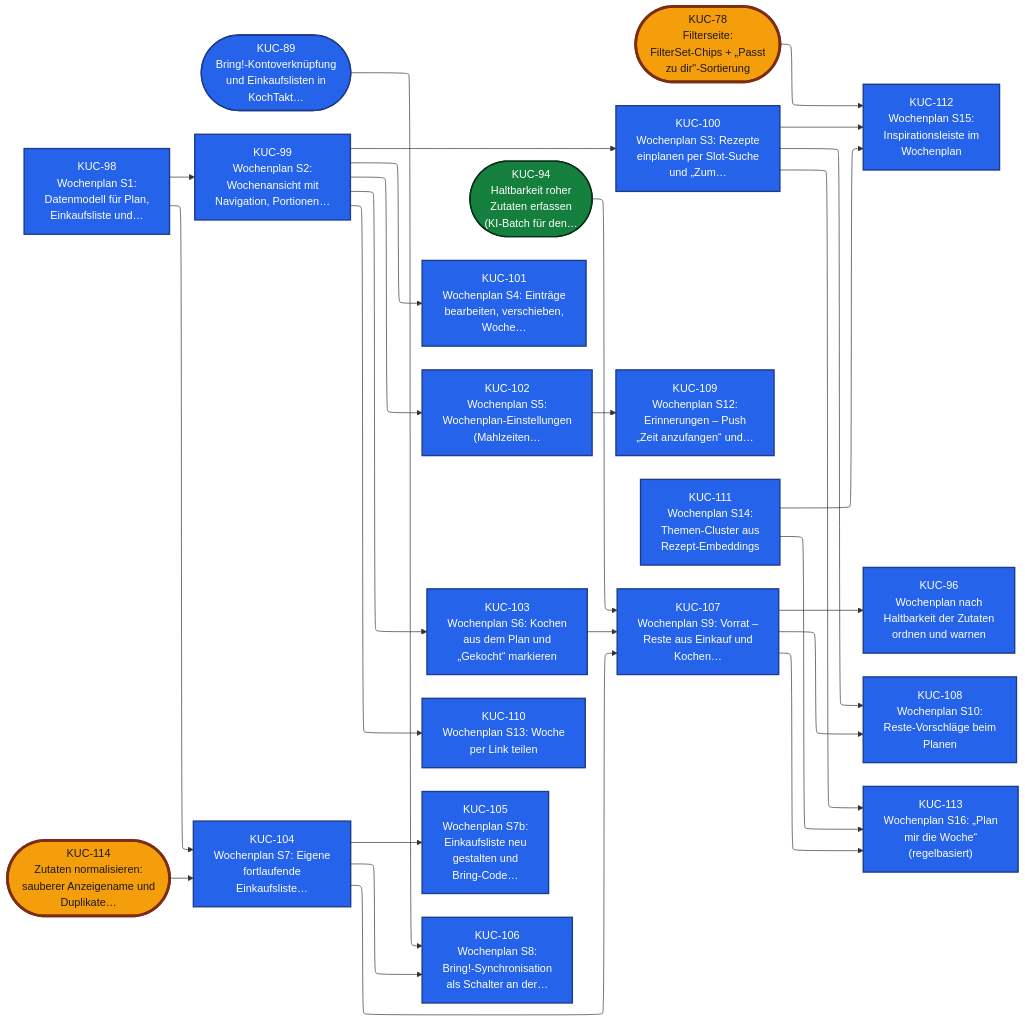
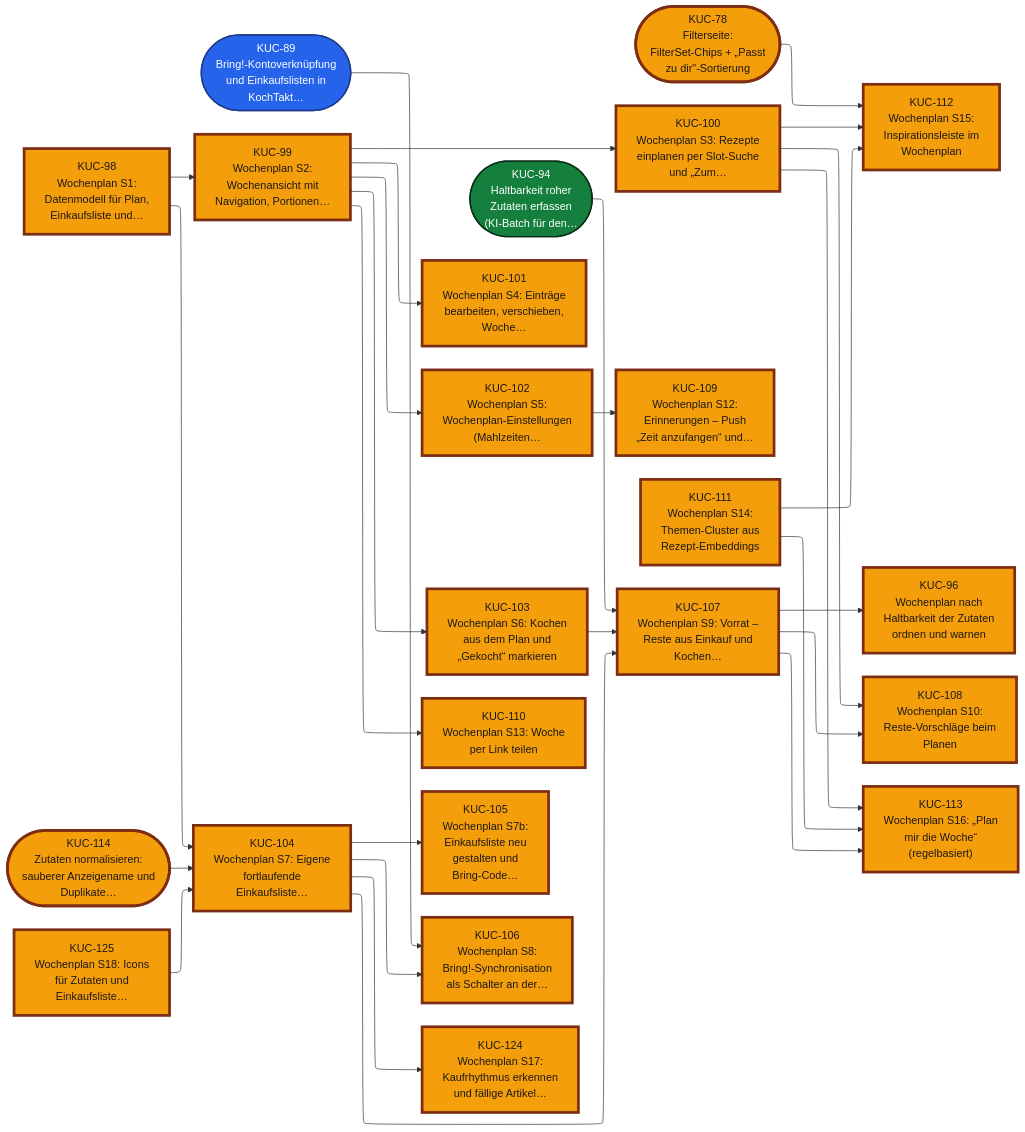
The fifth of 5 diagrams in GAMEPLAN.md (isntfunny/kitchenpace), drawn with Mermaid before and after one commit. The commit also changed other lines of this file, not shown here.

Commit message:
docs: regenerate GAMEPLAN.md (KUC-79)

```diff
--- a/GAMEPLAN.md
+++ b/GAMEPLAN.md
@@ -160,24 +160,26 @@
     KUC78(["KUC-78<br/>Filterseite:<br/>FilterSet-Chips + „Passt<br/>zu dir#quot;-Sortierung"]):::doing
     KUC89(["KUC-89<br/>Bring!-Kontoverknüpfung<br/>und Einkaufslisten in<br/>KochTakt…"]):::todo
     KUC94(["KUC-94<br/>Haltbarkeit roher<br/>Zutaten erfassen<br/>#40;KI-Batch für den…"]):::done
-    KUC98["KUC-98<br/>Wochenplan S1:<br/>Datenmodell für Plan,<br/>Einkaufsliste und…"]:::todo
-    KUC99["KUC-99<br/>Wochenplan S2:<br/>Wochenansicht mit<br/>Navigation, Portionen…"]:::todo
-    KUC100["KUC-100<br/>Wochenplan S3: Rezepte<br/>einplanen per Slot-Suche<br/>und „Zum…"]:::todo
-    KUC101["KUC-101<br/>Wochenplan S4: Einträge<br/>bearbeiten, verschieben,<br/>Woche…"]:::todo
-    KUC102["KUC-102<br/>Wochenplan S5:<br/>Wochenplan-Einstellungen<br/>#40;Mahlzeiten…"]:::todo
-    KUC103["KUC-103<br/>Wochenplan S6: Kochen<br/>aus dem Plan und<br/>„Gekocht“ markieren"]:::todo
-    KUC109["KUC-109<br/>Wochenplan S12:<br/>Erinnerungen – Push<br/>„Zeit anzufangen“ und…"]:::todo
-    KUC110["KUC-110<br/>Wochenplan S13: Woche<br/>per Link teilen"]:::todo
-    KUC111["KUC-111<br/>Wochenplan S14:<br/>Themen-Cluster aus<br/>Rezept-Embeddings"]:::todo
-    KUC112["KUC-112<br/>Wochenplan S15:<br/>Inspirationsleiste im<br/>Wochenplan"]:::todo
+    KUC98["KUC-98<br/>Wochenplan S1:<br/>Datenmodell für Plan,<br/>Einkaufsliste und…"]:::doing
+    KUC99["KUC-99<br/>Wochenplan S2:<br/>Wochenansicht mit<br/>Navigation, Portionen…"]:::doing
+    KUC100["KUC-100<br/>Wochenplan S3: Rezepte<br/>einplanen per Slot-Suche<br/>und „Zum…"]:::doing
+    KUC101["KUC-101<br/>Wochenplan S4: Einträge<br/>bearbeiten, verschieben,<br/>Woche…"]:::doing
+    KUC102["KUC-102<br/>Wochenplan S5:<br/>Wochenplan-Einstellungen<br/>#40;Mahlzeiten…"]:::doing
+    KUC103["KUC-103<br/>Wochenplan S6: Kochen<br/>aus dem Plan und<br/>„Gekocht“ markieren"]:::doing
+    KUC109["KUC-109<br/>Wochenplan S12:<br/>Erinnerungen – Push<br/>„Zeit anzufangen“ und…"]:::doing
+    KUC110["KUC-110<br/>Wochenplan S13: Woche<br/>per Link teilen"]:::doing
+    KUC111["KUC-111<br/>Wochenplan S14:<br/>Themen-Cluster aus<br/>Rezept-Embeddings"]:::doing
+    KUC112["KUC-112<br/>Wochenplan S15:<br/>Inspirationsleiste im<br/>Wochenplan"]:::doing
     KUC114(["KUC-114<br/>Zutaten normalisieren:<br/>sauberer Anzeigename und<br/>Duplikate…"]):::doing
-    KUC104["KUC-104<br/>Wochenplan S7: Eigene<br/>fortlaufende<br/>Einkaufsliste…"]:::todo
-    KUC105["KUC-105<br/>Wochenplan S7b:<br/>Einkaufsliste neu<br/>gestalten und<br/>Bring-Code…"]:::todo
-    KUC106["KUC-106<br/>Wochenplan S8:<br/>Bring!-Synchronisation<br/>als Schalter an der…"]:::todo
-    KUC107["KUC-107<br/>Wochenplan S9: Vorrat –<br/>Reste aus Einkauf und<br/>Kochen…"]:::todo
-    KUC96["KUC-96<br/>Wochenplan nach<br/>Haltbarkeit der Zutaten<br/>ordnen und warnen"]:::todo
-    KUC108["KUC-108<br/>Wochenplan S10:<br/>Reste-Vorschläge beim<br/>Planen"]:::todo
-    KUC113["KUC-113<br/>Wochenplan S16: „Plan<br/>mir die Woche“<br/>#40;regelbasiert#41;"]:::todo
+    KUC125["KUC-125<br/>Wochenplan S18: Icons<br/>für Zutaten und<br/>Einkaufsliste…"]:::doing
+    KUC104["KUC-104<br/>Wochenplan S7: Eigene<br/>fortlaufende<br/>Einkaufsliste…"]:::doing
+    KUC105["KUC-105<br/>Wochenplan S7b:<br/>Einkaufsliste neu<br/>gestalten und<br/>Bring-Code…"]:::doing
+    KUC106["KUC-106<br/>Wochenplan S8:<br/>Bring!-Synchronisation<br/>als Schalter an der…"]:::doing
+    KUC107["KUC-107<br/>Wochenplan S9: Vorrat –<br/>Reste aus Einkauf und<br/>Kochen…"]:::doing
+    KUC96["KUC-96<br/>Wochenplan nach<br/>Haltbarkeit der Zutaten<br/>ordnen und warnen"]:::doing
+    KUC108["KUC-108<br/>Wochenplan S10:<br/>Reste-Vorschläge beim<br/>Planen"]:::doing
+    KUC113["KUC-113<br/>Wochenplan S16: „Plan<br/>mir die Woche“<br/>#40;regelbasiert#41;"]:::doing
+    KUC124["KUC-124<br/>Wochenplan S17:<br/>Kaufrhythmus erkennen<br/>und fällige Artikel…"]:::doing
     KUC78 --> KUC112
     KUC89 --> KUC106
     KUC94 --> KUC107
@@ -196,12 +198,14 @@
     KUC104 --> KUC105
     KUC104 --> KUC106
     KUC104 --> KUC107
+    KUC104 --> KUC124
     KUC107 --> KUC96
     KUC107 --> KUC108
     KUC107 --> KUC113
     KUC111 --> KUC112
     KUC111 --> KUC113
     KUC114 --> KUC104
+    KUC125 --> KUC104
     click KUC78 "https://youtrack.tecfriends.de/issue/KUC-78"
     click KUC89 "https://youtrack.tecfriends.de/issue/KUC-89"
     click KUC94 "https://youtrack.tecfriends.de/issue/KUC-94"
@@ -223,6 +227,8 @@
     click KUC112 "https://youtrack.tecfriends.de/issue/KUC-112"
     click KUC113 "https://youtrack.tecfriends.de/issue/KUC-113"
     click KUC114 "https://youtrack.tecfriends.de/issue/KUC-114"
+    click KUC124 "https://youtrack.tecfriends.de/issue/KUC-124"
+    click KUC125 "https://youtrack.tecfriends.de/issue/KUC-125"
     classDef ideas fill:#f3e8ff,stroke:#7e22ce,color:#3b0764,stroke-dasharray:2 4
     classDef backlog fill:#f1f5f9,stroke:#64748b,color:#0f172a,stroke-dasharray:6 4
     classDef todo fill:#2563eb,stroke:#1e3a8a,color:#ffffff,stroke-width:2px
```
